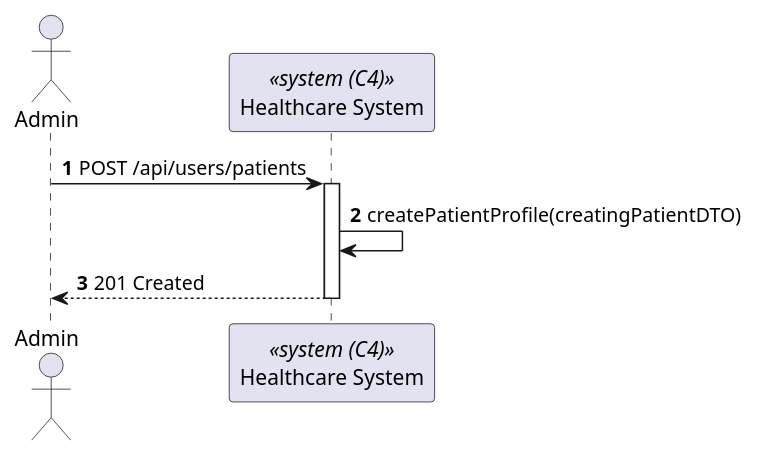
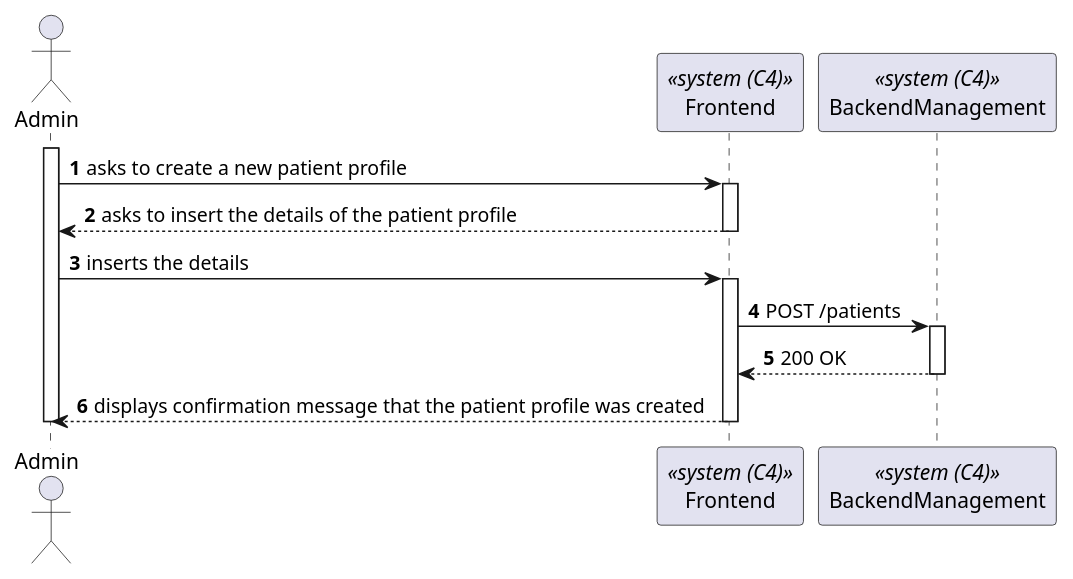
One commit to Lapr5G21/sem5pi-24-25-3ddg21 changed the diagram in docs/sprintB/PatientProfileCreation/views/level2/process-view.puml. Above: the diagram before and after it, drawn with PlantUML. The commit also changed 10 other files, not shown here.

Commit message:
patient profile creation - sprint b docs

```diff
--- a/docs/sprintB/PatientProfileCreation/views/level2/process-view.puml
+++ b/docs/sprintB/PatientProfileCreation/views/level2/process-view.puml
@@ -1,14 +1,31 @@
 @startuml PatientProfileCreation(level2)
 
 autonumber
-actor Admin as "Admin"
-participant SYS as "Healthcare System" <<system (C4)>>
 
-Admin-> SYS : POST /api/users/patients
-activate SYS
+actor "Admin" as Admin
+participant Frontend as "Frontend" <<system (C4)>>
+participant Backend as "BackendManagement" <<system (C4)>>
 
-SYS -> SYS : createPatientProfile(creatingPatientDTO)
-SYS--> Admin : 201 Created
-deactivate SYS
+activate Admin
+
+    Admin -> Frontend : asks to create a new patient profile
+    activate Frontend
+
+        Frontend --> Admin : asks to insert the details of the patient profile
+    
+    deactivate Frontend
+    Admin -> Frontend : inserts the details
+    activate Frontend
+    
+        Frontend-> Backend : POST /patients
+        activate Backend
+
+            Frontend <-- Backend : 200 OK
+        deactivate Backend
+
+    Frontend --> Admin : displays confirmation message that the patient profile was created
+    
+    deactivate Frontend
+    deactivate Admin
 
 @enduml
```
